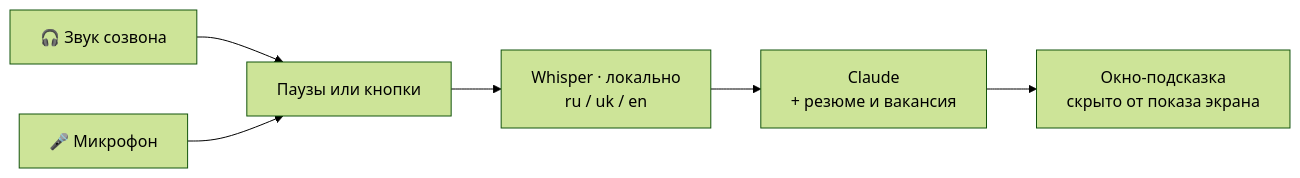
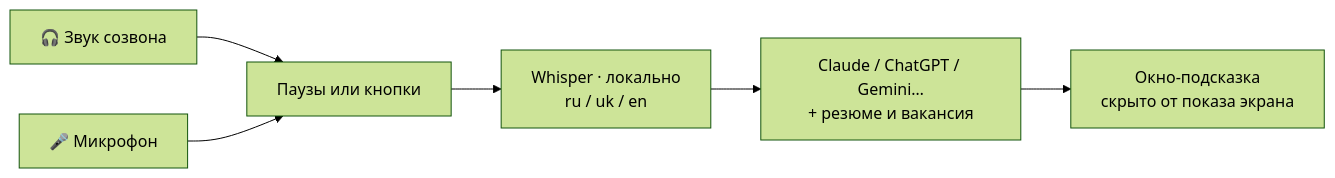
The diagram in README.md (Shelt00n/RedCast), drawn with Mermaid (forest theme) before and after one commit. The commit also changed other lines of this file and 14 other files, not shown here.

First line of the commit message:
Подключение ChatGPT, Grok, Gemini, OpenRouter, DeepSeek, Mistral, Groq, Ollama и LM Studio

````diff
--- a/README.md
+++ b/README.md
@@ -68,8 +68,8 @@
 ```mermaid
 flowchart LR
   A["🎧 Звук созвона"] --> V["Паузы или кнопки"]
   B["🎤 Микрофон"] --> V
   V --> W["Whisper · локально<br/>ru / uk / en"]
-  W --> C["Claude<br/>+ резюме и вакансия"]
+  W --> C["Claude / ChatGPT / Gemini…<br/>+ резюме и вакансия"]
   C --> O["Окно-подсказка<br/>скрыто от показа экрана"]
 ```
````
